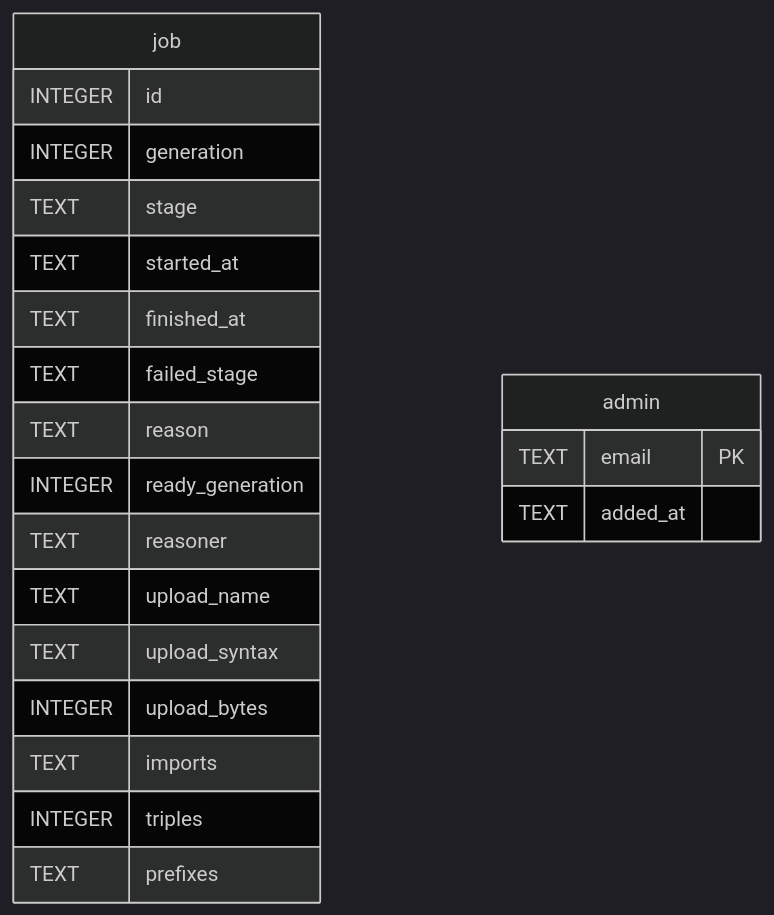
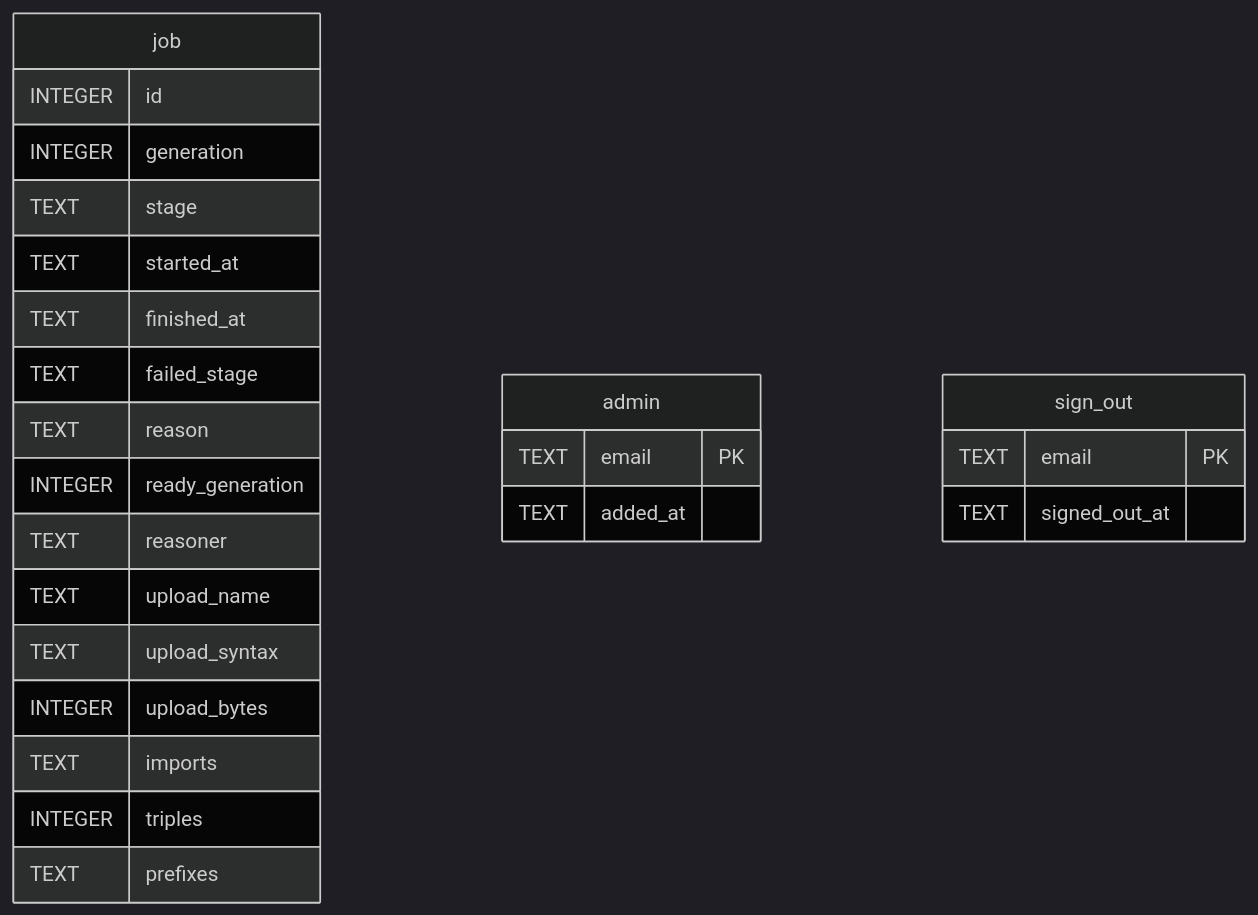
One commit to jclerman/browl changed the diagram in docs/schema/state/README.md. Above: the diagram before and after it, drawn with Mermaid (dark theme). The commit also changed other lines of this file and 13 other files, not shown here.

First line of the commit message:
Harden sign-in: sign-out everywhere, AdminStore, capped token exchanges

````diff
--- a/docs/schema/state/README.md
+++ b/docs/schema/state/README.md
@@ -19,26 +20,30 @@
 ```mermaid
 erDiagram
 
 
 "job" {
   INTEGER id
   INTEGER generation
   TEXT stage
   TEXT started_at
   TEXT finished_at
   TEXT failed_stage
   TEXT reason
   INTEGER ready_generation
   TEXT reasoner
   TEXT upload_name
   TEXT upload_syntax
   INTEGER upload_bytes
   TEXT imports
   INTEGER triples
   TEXT prefixes
 }
 "admin" {
   TEXT email PK
   TEXT added_at
 }
+"sign_out" {
+  TEXT email PK
+  TEXT signed_out_at
+}
 ```
````
